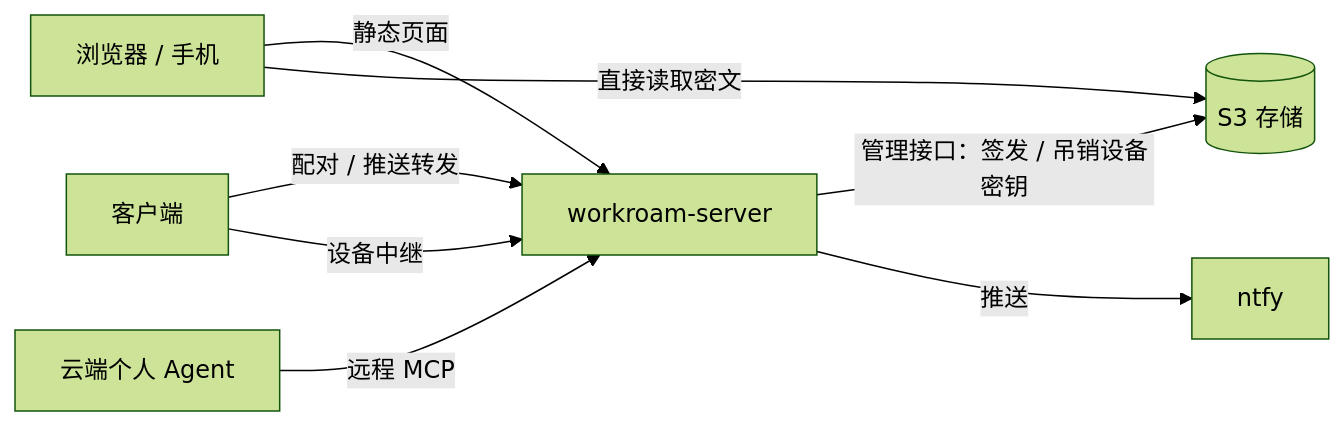
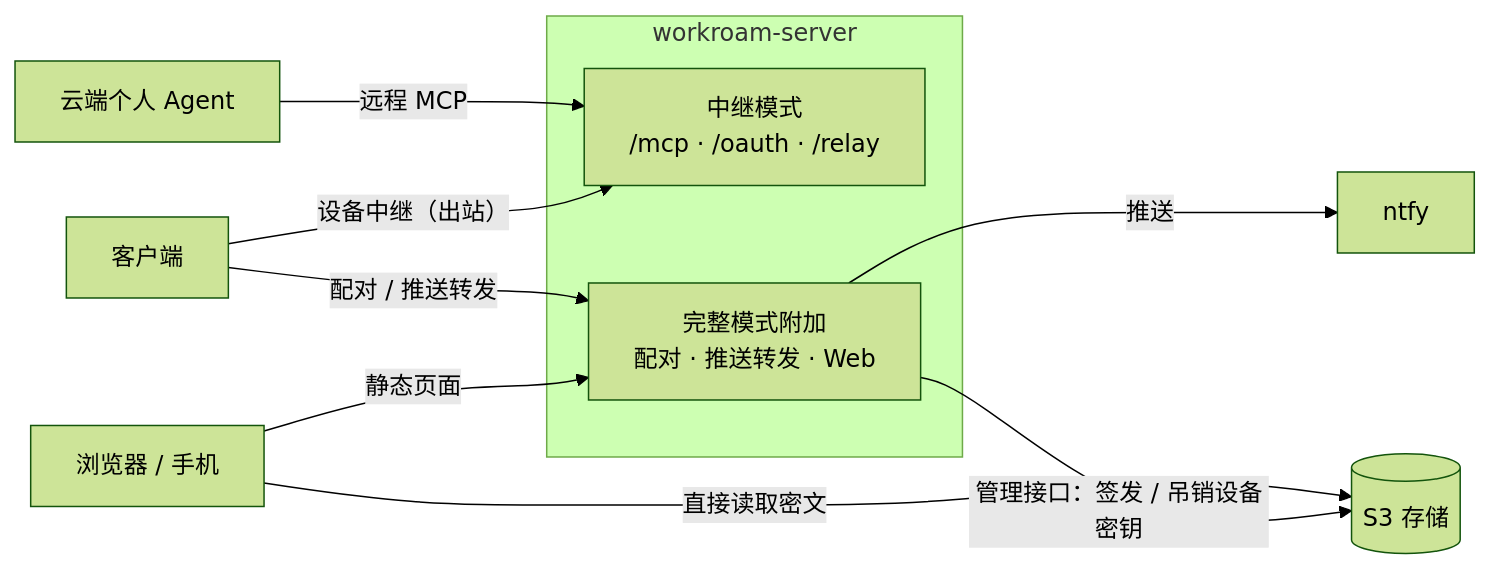
Before and after one commit to kverona-ai/workroam: diagram 13 of 16 in docs/architecture.md, drawn with Mermaid (forest theme). The commit also changed other lines of this file and 5 other files, not shown here.

First line of the commit message:
docs: make workroam-server relay mode light enough for a bot's cloud computer

````diff
--- a/docs/architecture.md
+++ b/docs/architecture.md
@@ -1235,10 +1245,14 @@
 ```mermaid
 flowchart LR
-    D["客户端"] -- 配对 / 推送转发 --> SV["workroam-server"]
-    B["浏览器 / 手机"] -- 静态页面 --> SV
+    CA["云端个人 Agent"] -- 远程 MCP --> R
+    D["客户端"] -- 设备中继（出站） --> R
+    subgraph SV["workroam-server"]
+        R["中继模式<br/>/mcp · /oauth · /relay"]
+        F["完整模式附加<br/>配对 · 推送转发 · Web"]
+    end
+    D -- 配对 / 推送转发 --> F
+    B["浏览器 / 手机"] -- 静态页面 --> F
     B -- 直接读取密文 --> S[("S3 存储")]
-    SV -- 管理接口：签发 / 吊销设备密钥 --> S
-    SV -- 推送 --> N["ntfy"]
-    CA["云端个人 Agent"] -- 远程 MCP --> SV
-    D -- 设备中继 --> SV
+    F -- 管理接口：签发 / 吊销设备密钥 --> S
+    F -- 推送 --> N["ntfy"]
 ```
````
